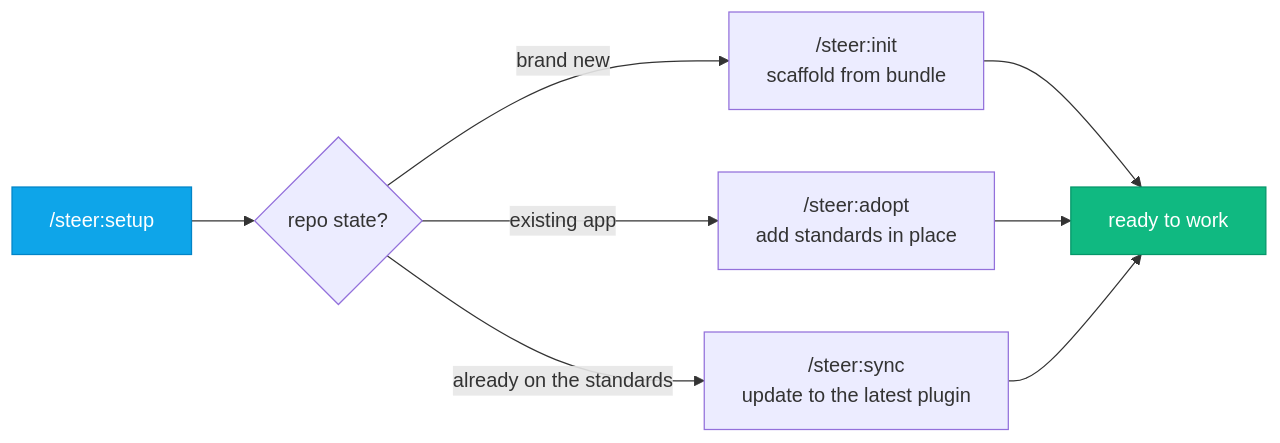
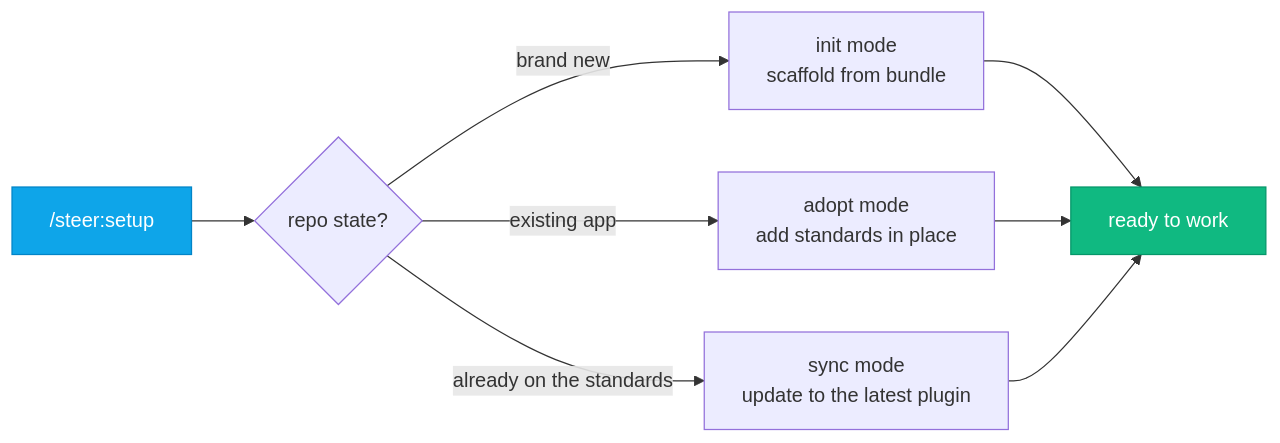
One commit to element22llc/e22-plugins changed the first of 2 diagrams in presentation/onboarding/slides.md. Above: the diagram before and after it, drawn with Mermaid. The commit also changed 24 other files, not shown here.

````diff
--- a/presentation/onboarding/slides.md
+++ b/presentation/onboarding/slides.md
@@ -564,12 +564,12 @@
 ```mermaid {scale: 0.85}
 flowchart LR
     S["/steer:setup"] --> Q{repo state?}
-    Q -->|brand new| INIT["/steer:init<br/>scaffold from bundle"]
-    Q -->|existing app| ADOPT["/steer:adopt<br/>add standards in place"]
-    Q -->|already on the standards| SYNC["/steer:sync<br/>update to the latest plugin"]
+    Q -->|brand new| INIT["init mode<br/>scaffold from bundle"]
+    Q -->|existing app| ADOPT["adopt mode<br/>add standards in place"]
+    Q -->|already on the standards| SYNC["sync mode<br/>update to the latest plugin"]
     INIT --> W[ready to work]
     ADOPT --> W
     SYNC --> W
     style S fill:#0ea5e9,stroke:#0284c7,color:#fff
     style W fill:#10b981,stroke:#059669,color:#fff
 ```
````
